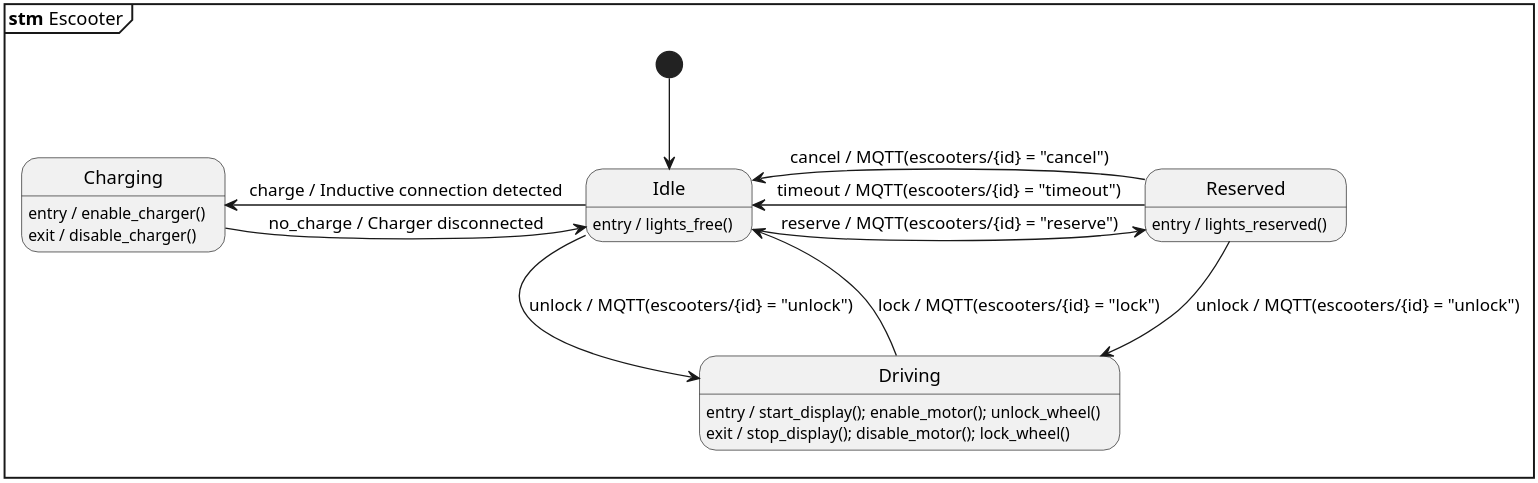
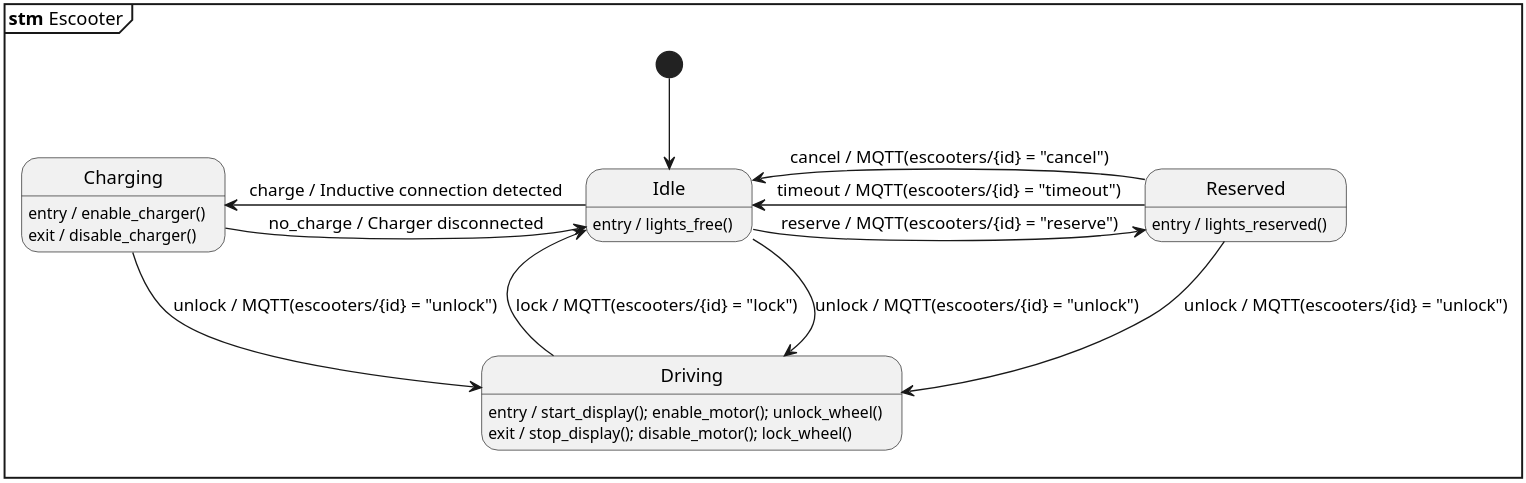
Before and after one commit to kristiangoystdal/TTM4115_Design_of_Communicating_Systems_Project: the diagram in Diagrams/stm_escooter.puml, drawn with PlantUML. The commit also changed 12 other files, not shown here.

```diff
--- a/Diagrams/stm_escooter.puml
+++ b/Diagrams/stm_escooter.puml
@@ -1,30 +1,32 @@
 @startuml Escooter
 
 skinparam dpi 300
 mainframe **stm** Escooter
 
 Idle : entry / lights_free()
 
 Charging : entry / enable_charger()
 Charging : exit / disable_charger()
 
 Reserved : entry / lights_reserved()
 
 Driving : entry / start_display(); enable_motor(); unlock_wheel()
 Driving : exit / stop_display(); disable_motor(); lock_wheel()
 
 [*] -d-> Idle
 
 Idle -l-> Charging : charge / Inductive connection detected
 Charging -r-> Idle : no_charge / Charger disconnected
 
 Idle -d-> Driving : unlock / MQTT(escooters/{id} = "unlock")
 Driving -u-> Idle : lock / MQTT(escooters/{id} = "lock")
 
 Idle -r-> Reserved : reserve / MQTT(escooters/{id} = "reserve")
 Reserved -d-> Driving : unlock / MQTT(escooters/{id} = "unlock")
 Reserved -l-> Idle : timeout / MQTT(escooters/{id} = "timeout")
 Reserved -l-> Idle : cancel / MQTT(escooters/{id} = "cancel")
 
+Charging -r-> Driving: unlock / MQTT(escooters/{id} = "unlock")
+
 
 @enduml
```
